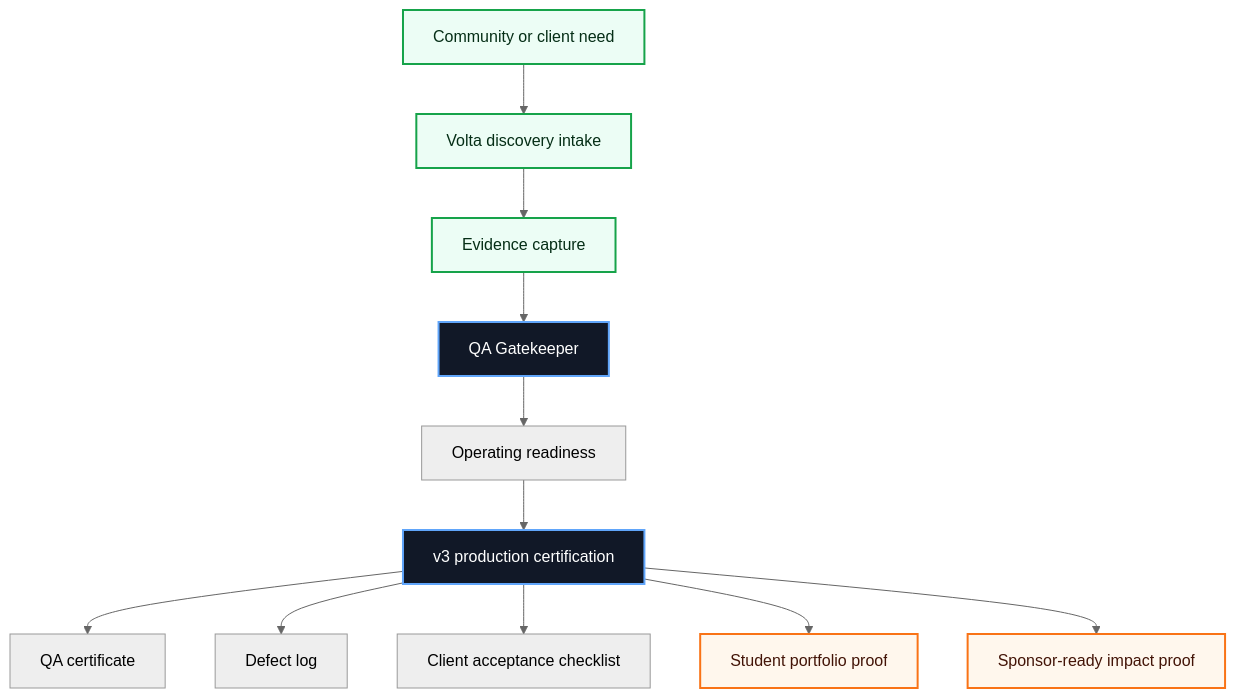
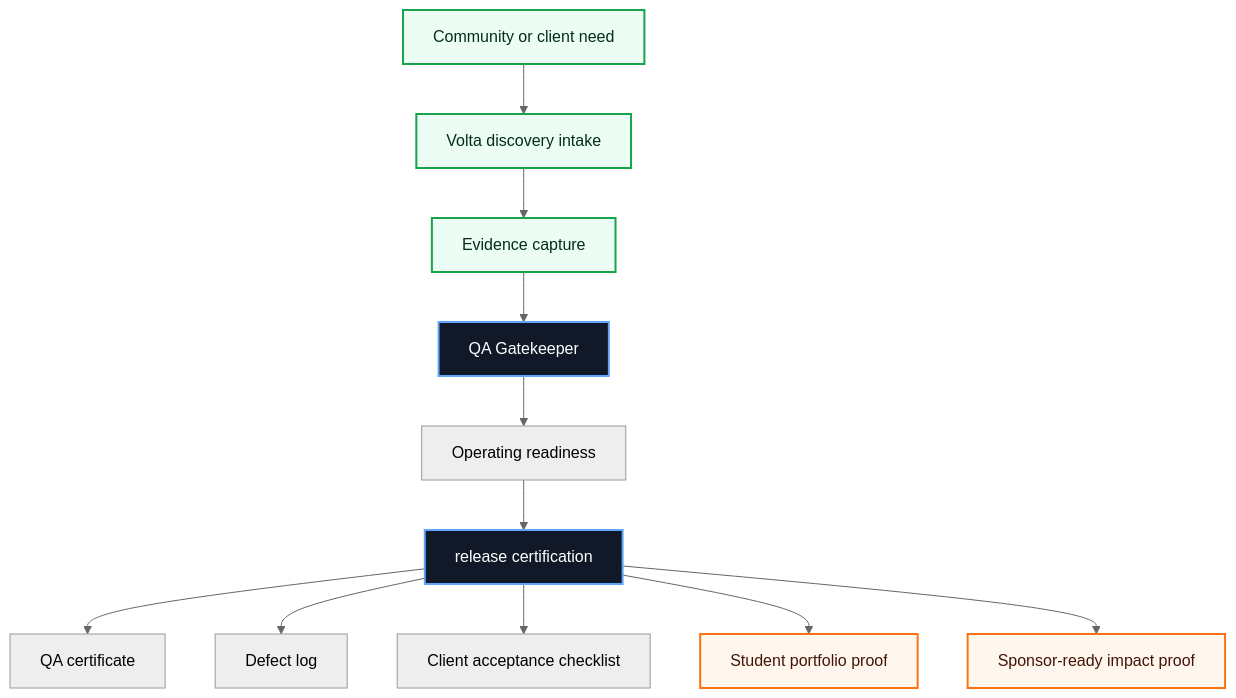
One commit to volta-npo/qa-gatekeeper changed the first of 3 diagrams in README.md. Above: the diagram before and after it, drawn with Mermaid (neutral theme). The commit also changed other lines of this file and 28 other files, not shown here.

````diff
--- a/README.md
+++ b/README.md
@@ -43,20 +43,20 @@
 ```mermaid
 flowchart TD
     Need["Community or client need"] --> Intake["Volta discovery intake"]
     Intake --> Evidence["Evidence capture"]
     Evidence --> Workbench["QA Gatekeeper"]
     Workbench --> Score["Operating readiness"]
-    Score --> Cert["v3 production certification"]
+    Score --> Cert["release certification"]
     Cert --> A1["QA certificate"]
     Cert --> A2["Defect log"]
     Cert --> A3["Client acceptance checklist"]
     Cert --> Student["Student portfolio proof"]
     Cert --> Sponsor["Sponsor-ready impact proof"]
 
     classDef volta fill:#111827,stroke:#60a5fa,color:#ffffff,stroke-width:2px;
     classDef equity fill:#ecfdf5,stroke:#16a34a,color:#052e16,stroke-width:2px;
     classDef proof fill:#fff7ed,stroke:#f97316,color:#431407,stroke-width:2px;
     class Workbench,Cert volta;
     class Need,Intake,Evidence equity;
     class Student,Sponsor proof;
 ```
````
